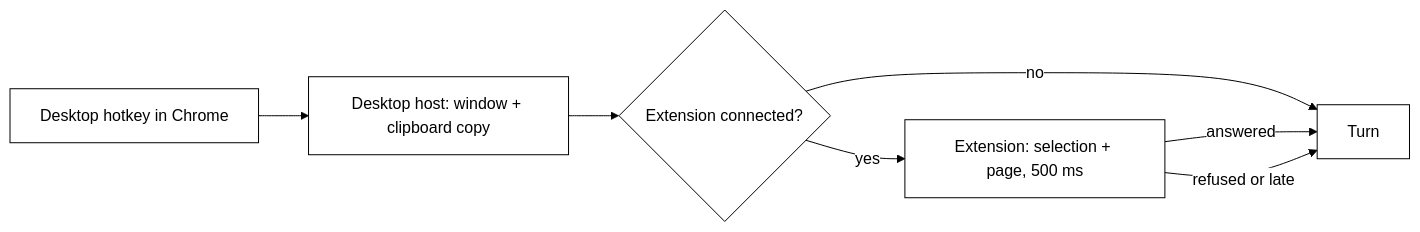
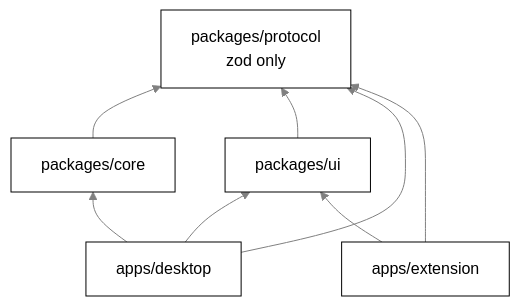
Before and after one commit to nadeem4/tagalong: the second of 4 diagrams in docs/architecture.md, drawn with Mermaid. The commit also changed other lines of this file and 19 other files, not shown here.

````diff
--- a/docs/architecture.md
+++ b/docs/architecture.md
@@ -145,10 +84,16 @@
 ```mermaid
-%%{init: {"theme": "base", "themeVariables": {"primaryColor": "#ffffff", "primaryTextColor": "#000000", "primaryBorderColor": "#000000", "lineColor": "#000000", "secondaryColor": "#ffffff", "tertiaryColor": "#ffffff", "background": "#ffffff", "clusterBkg": "#ffffff", "clusterBorder": "#000000"}}}%%
-flowchart LR
-  H["Desktop hotkey in Chrome"] --> D["Desktop host: window + clipboard copy"]
-  D --> E{"Extension connected?"}
-  E -- "no" --> T["Turn"]
-  E -- "yes" --> X["Extension: selection + page, 500 ms"]
-  X -- "answered" --> T
-  X -- "refused or late" --> T
+%%{init: {"theme": "base", "themeVariables": {"primaryColor": "#ffffff", "primaryTextColor": "#000000", "primaryBorderColor": "#000000", "lineColor": "#808080", "secondaryColor": "#f2f2f2", "tertiaryColor": "#ffffff", "clusterBkg": "#f7f7f7", "clusterBorder": "#808080", "edgeLabelBackground": "#ffffff", "titleColor": "#808080", "fontFamily": "Segoe UI, Helvetica, Arial, sans-serif"}}}%%
+flowchart BT
+  P["packages/protocol<br>zod only"]
+  C["packages/core"]
+  U["packages/ui"]
+  D["apps/desktop"]
+  X["apps/extension"]
+  C --> P
+  U --> P
+  D --> P
+  D --> C
+  D --> U
+  X --> P
+  X --> U
 ```
````
